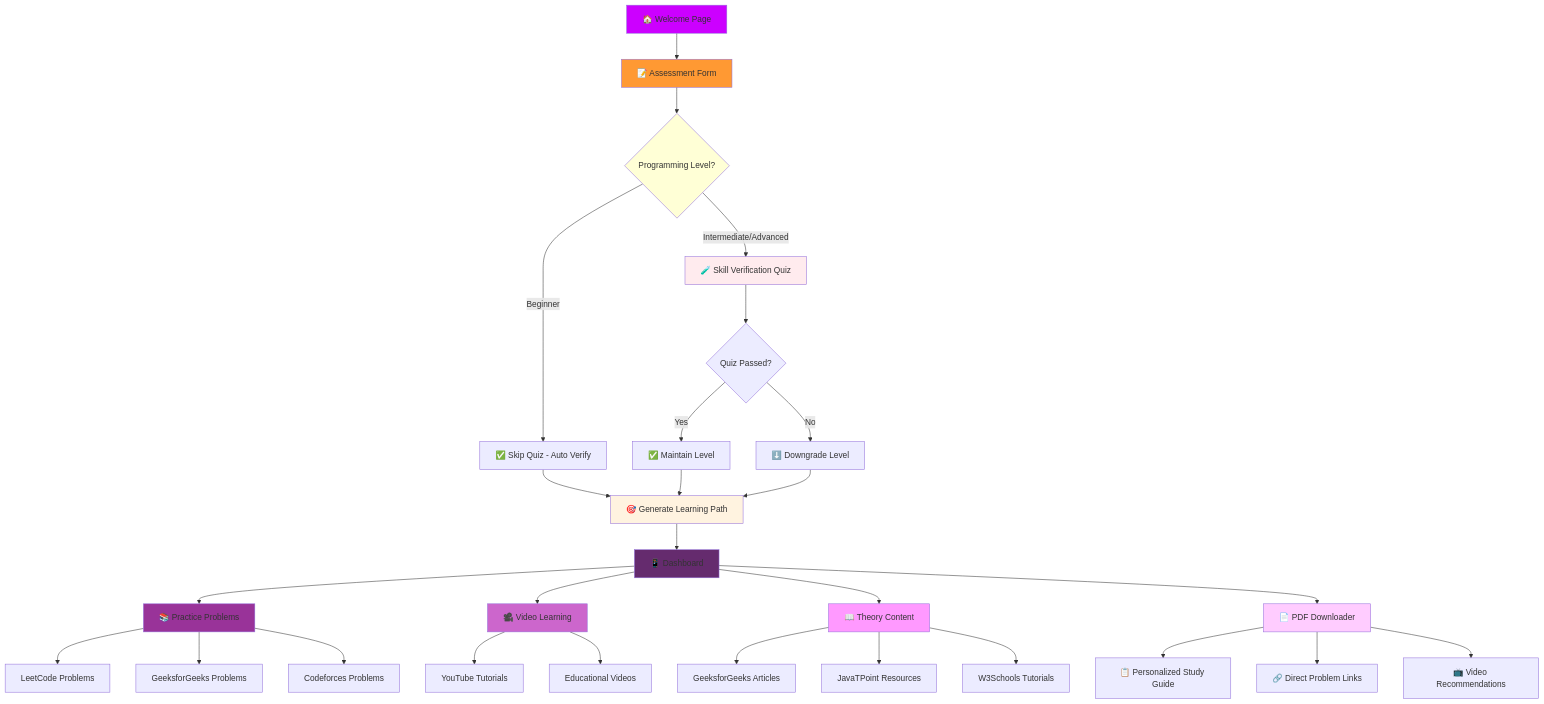
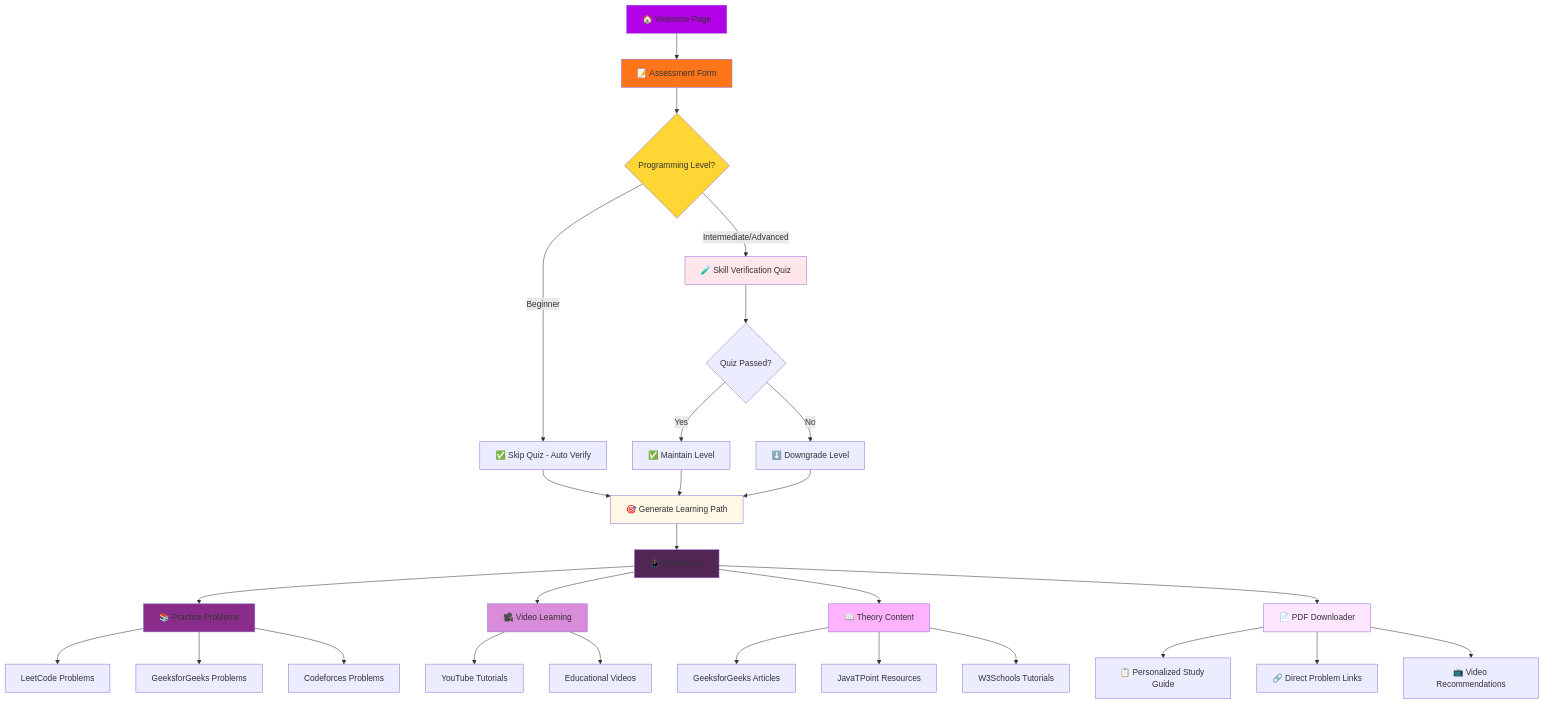
Before and after one commit to Surya-Mathivanan/MERN_STACK_CAPSTONE_PROJECT: the diagram in README.md, drawn with Mermaid.

Commit message:
readme updated

````diff
--- a/README.md
+++ b/README.md
@@ -8,49 +8,49 @@
 ```mermaid
 graph TD
     A[🏠 Welcome Page] --> B[📝 Assessment Form]
     B --> C{Programming Level?}
     
     C -->|Beginner| D[✅ Skip Quiz - Auto Verify]
     C -->|Intermediate/Advanced| E[🧪 Skill Verification Quiz]
     
     E --> F{Quiz Passed?}
     F -->|Yes| G[✅ Maintain Level]
     F -->|No| H[⬇️ Downgrade Level]
     
     D --> I[🎯 Generate Learning Path]
     G --> I
     H --> I
     
     I --> J[📱 Dashboard]
     
     J --> K[📚 Practice Problems]
     J --> L[🎥 Video Learning]
     J --> M[📖 Theory Content]
     J --> N[📄 PDF Downloader]
     
     K --> O[LeetCode Problems]
     K --> P[GeeksforGeeks Problems]
     K --> Q[Codeforces Problems]
     
     L --> R[YouTube Tutorials]
     L --> S[Educational Videos]
     
     M --> T[GeeksforGeeks Articles]
     M --> U[JavaTPoint Resources]
     M --> V[W3Schools Tutorials]
     
     N --> W[📋 Personalized Study Guide]
     N --> X[🔗 Direct Problem Links]
     N --> Y[📺 Video Recommendations]
     
-    style A fill:#cc00ff
-    style J fill:#652b6e
-    style K fill:#993399
-    style L fill:#cc66cc
-    style M fill:#ff99ff
-    style N fill:#ffccff
-    style B fill:#ff9933
-    style C fill:#ffcc
-    style I fill:#fff3e0
-    style E fill:#ffebee
+    style A fill:#b300e6
+    style J fill:#522653
+    style K fill:#8a2c8a
+    style L fill:#d98cd9
+    style M fill:#ffb3ff
+    style N fill:#ffe6ff
+    style B fill:#ff751a
+    style C fill:#ffd633
+    style I fill:#fff8e6
+    style E fill:#ffe6eb
 ```
````
